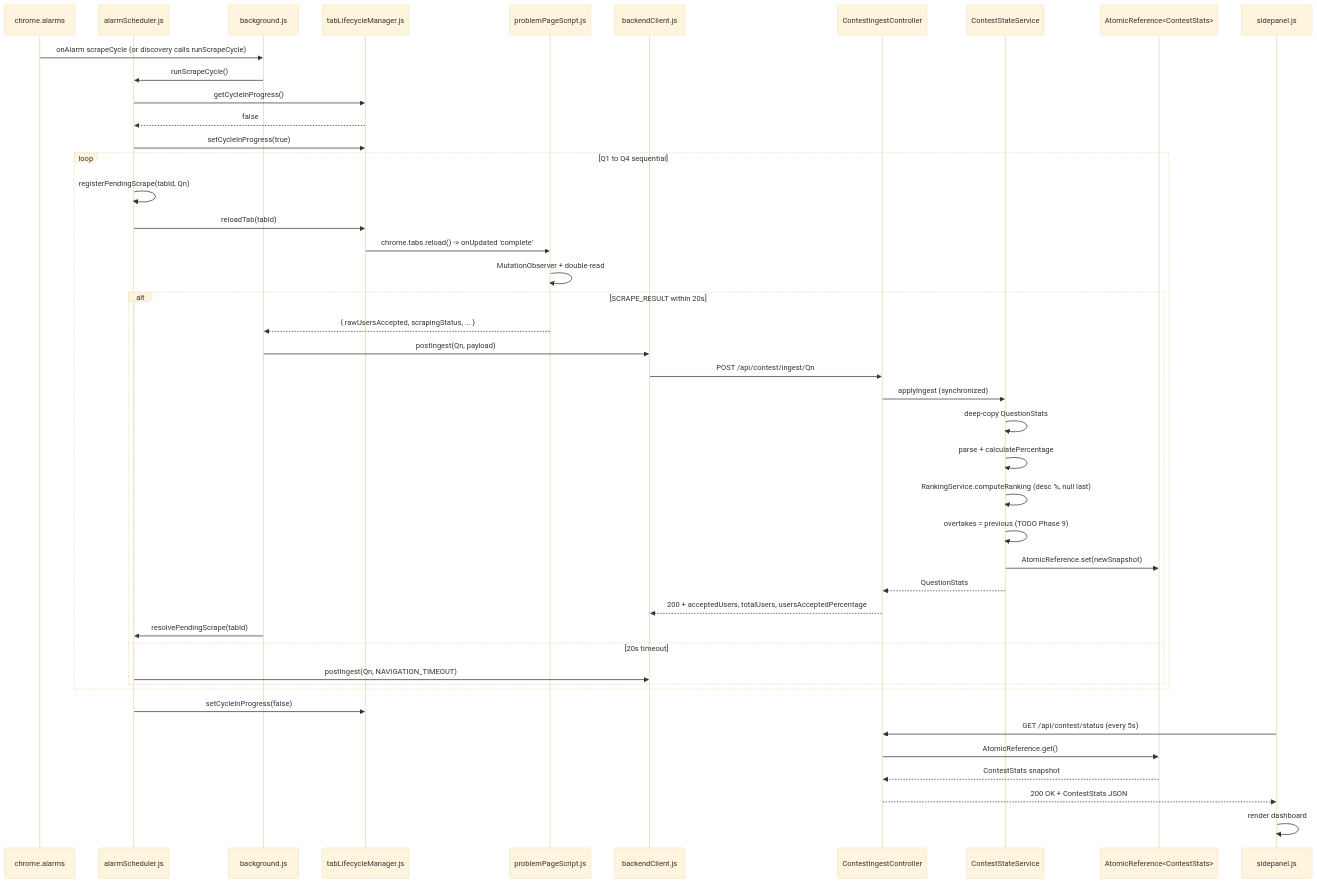
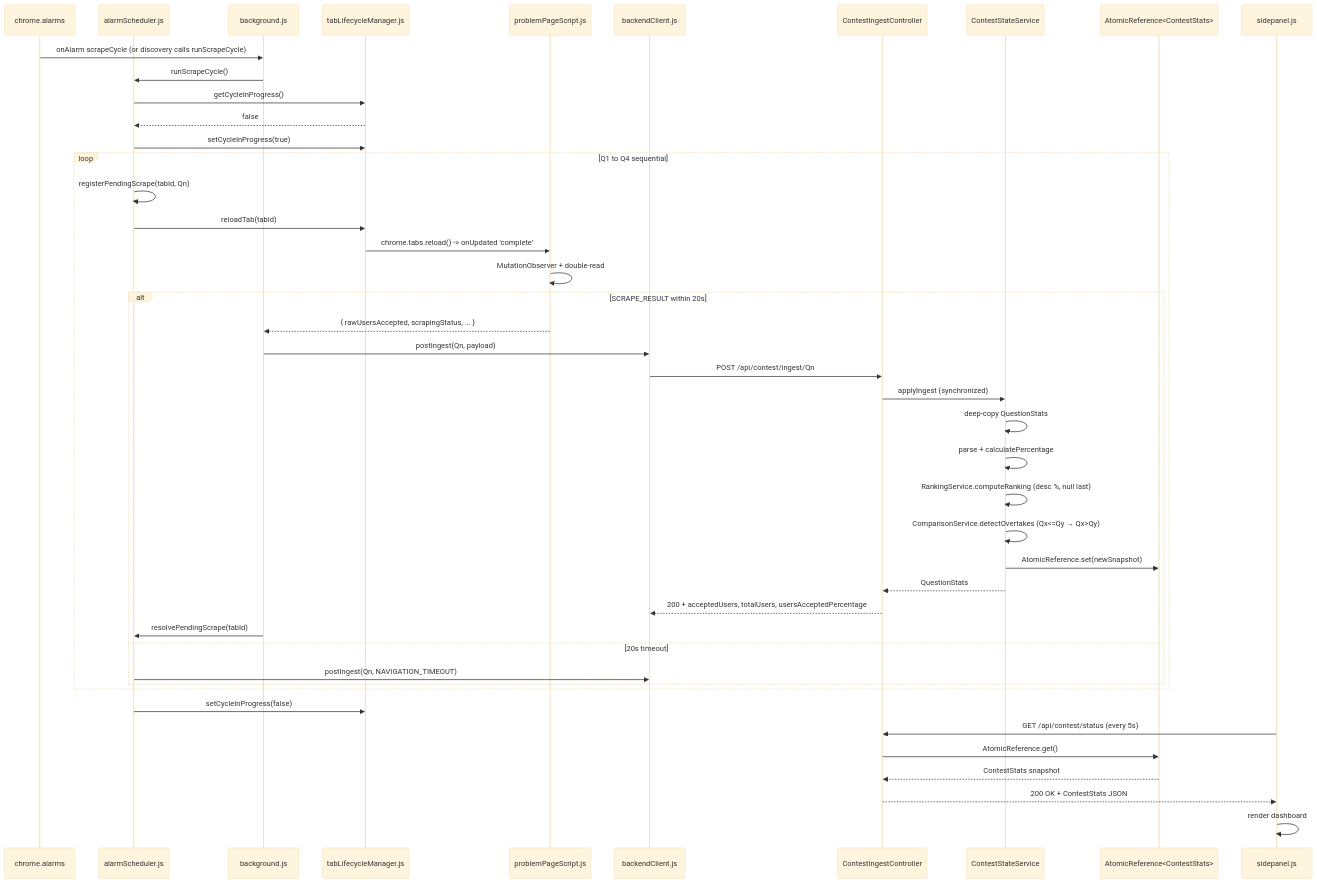
The diagram in FLOW.md (TLEtoAC/LC-Extension), drawn with Mermaid (base theme) before and after one commit. The commit also changed 11 other files, not shown here.

First line of the commit message:
feat(phase9): detect pairwise overtakes inside the ingest critical section

````diff
--- a/FLOW.md
+++ b/FLOW.md
@@ -48,47 +48,47 @@
 ```mermaid
 sequenceDiagram
     participant Alarm as chrome.alarms
     participant AS as alarmScheduler.js
     participant BG as background.js
     participant TLM as tabLifecycleManager.js
     participant CS as problemPageScript.js
     participant BC as backendClient.js
     participant API as ContestIngestController
     participant SVC as ContestStateService
     participant REF as AtomicReference<ContestStats>
     participant SP as sidepanel.js
 
     Alarm->>BG: onAlarm scrapeCycle (or discovery calls runScrapeCycle)
     BG->>AS: runScrapeCycle()
     AS->>TLM: getCycleInProgress()
     TLM-->>AS: false
     AS->>TLM: setCycleInProgress(true)
     loop Q1 to Q4 sequential
         AS->>AS: registerPendingScrape(tabId, Qn)
         AS->>TLM: reloadTab(tabId)
         TLM->>CS: chrome.tabs.reload() -> onUpdated 'complete'
         CS->>CS: MutationObserver + double-read
         alt SCRAPE_RESULT within 20s
             CS-->>BG: { rawUsersAccepted, scrapingStatus, ... }
             BG->>BC: postIngest(Qn, payload)
             BC->>API: POST /api/contest/ingest/Qn
             API->>SVC: applyIngest (synchronized)
             SVC->>SVC: deep-copy QuestionStats
             SVC->>SVC: parse + calculatePercentage
             SVC->>SVC: RankingService.computeRanking (desc %, null last)
-            SVC->>SVC: overtakes = previous (TODO Phase 9)
+            SVC->>SVC: ComparisonService.detectOvertakes (Qx<=Qy → Qx>Qy)
             SVC->>REF: AtomicReference.set(newSnapshot)
             SVC-->>API: QuestionStats
             API-->>BC: 200 + acceptedUsers, totalUsers, usersAcceptedPercentage
             BG->>AS: resolvePendingScrape(tabId)
         else 20s timeout
             AS->>BC: postIngest(Qn, NAVIGATION_TIMEOUT)
         end
     end
     AS->>TLM: setCycleInProgress(false)
     SP->>API: GET /api/contest/status (every 5s)
     API->>REF: AtomicReference.get()
     REF-->>API: ContestStats snapshot
     API-->>SP: 200 OK + ContestStats JSON
     SP->>SP: render dashboard
 ```
````
